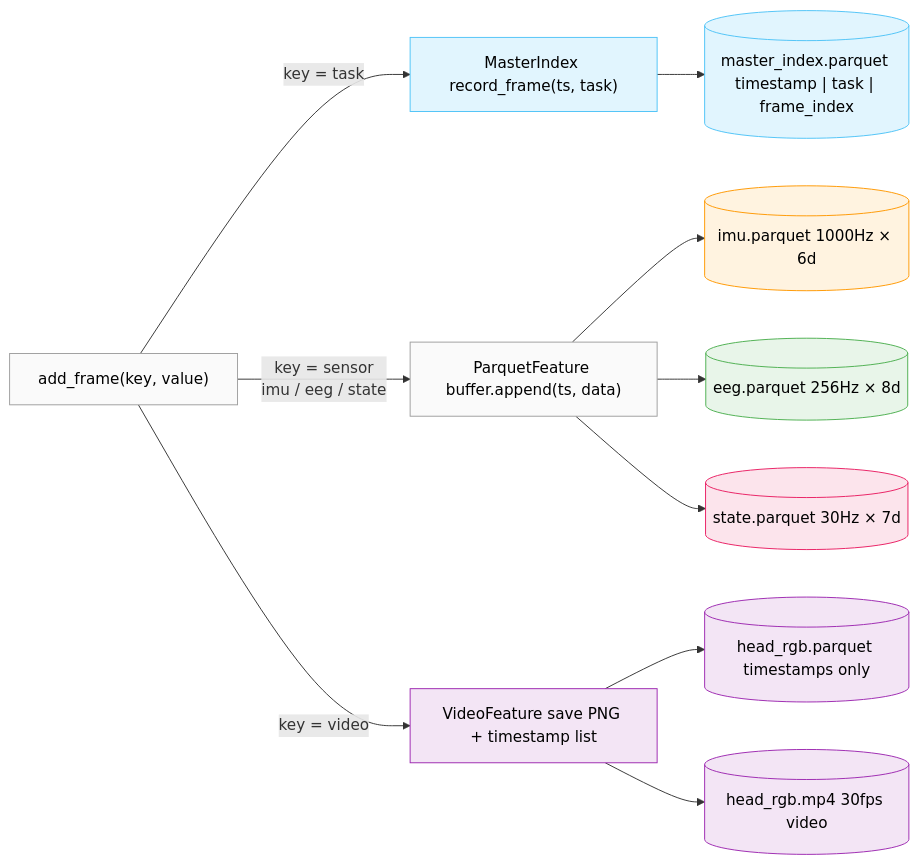
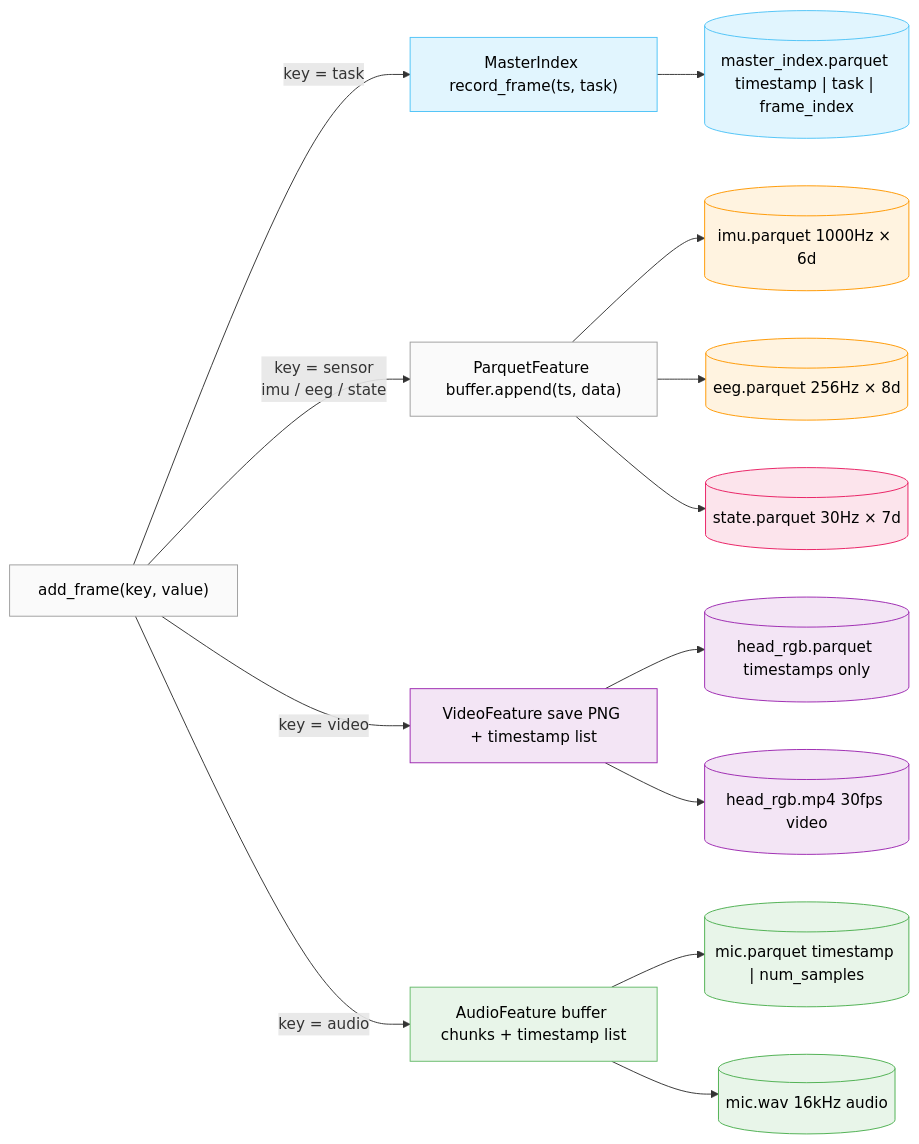
One commit to Koorye/Multi-Frequency-LeRobot changed the first of 4 diagrams in README.md. Above: the diagram before and after it, drawn with Mermaid. The commit also changed other lines of this file and 13 other files, not shown here.

````diff
--- a/README.md
+++ b/README.md
@@ -59,35 +60,44 @@
 ```mermaid
 flowchart LR
     AF["add_frame(key, value)"]
     IX["MasterIndex record_frame(ts, task)"]
     PF["ParquetFeature buffer.append(ts, data)"]
     VF["VideoFeature save PNG + timestamp list"]
+    AuF["AudioFeature buffer chunks + timestamp list"]
 
     MI[("master_index.parquet timestamp | task | frame_index")]
     P1[("imu.parquet 1000Hz × 6d")]
     P2[("eeg.parquet 256Hz × 8d")]
     P3[("state.parquet 30Hz × 7d")]
     C1[("head_rgb.parquet timestamps only")]
     V1[("head_rgb.mp4 30fps video")]
+    A1[("mic.parquet timestamp | num_samples")]
+    W1[("mic.wav 16kHz audio")]
 
     AF -->|"key = task"| IX
     AF -->|"key = sensor<br/>imu / eeg / state"| PF
     AF -->|"key = video"| VF
+    AF -->|"key = audio"| AuF
     IX --> MI
     PF --> P1
     PF --> P2
     PF --> P3
     VF --> C1
     VF --> V1
+    AuF --> A1
+    AuF --> W1
 
     style AF fill:#fafafa,stroke:#9e9e9e,color:#000
     style IX fill:#e1f5fe,stroke:#4fc3f7,color:#000
     style PF fill:#fafafa,stroke:#9e9e9e,color:#000
     style VF fill:#f3e5f5,stroke:#9c27b0,color:#000
+    style AuF fill:#e8f5e9,stroke:#66bb6a,color:#000
     style MI fill:#e1f5fe,stroke:#4fc3f7,color:#000
     style P1 fill:#fff3e0,stroke:#ff9800,color:#000
-    style P2 fill:#e8f5e9,stroke:#4caf50,color:#000
+    style P2 fill:#fff3e0,stroke:#ff9800,color:#000
     style P3 fill:#fce4ec,stroke:#e91e63,color:#000
     style C1 fill:#f3e5f5,stroke:#9c27b0,color:#000
     style V1 fill:#f3e5f5,stroke:#9c27b0,color:#000
+    style A1 fill:#e8f5e9,stroke:#4caf50,color:#000
+    style W1 fill:#e8f5e9,stroke:#4caf50,color:#000
 ```
````
